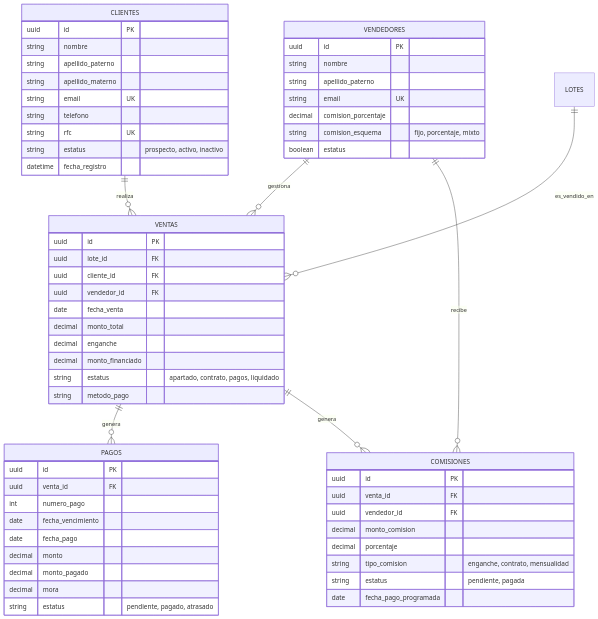
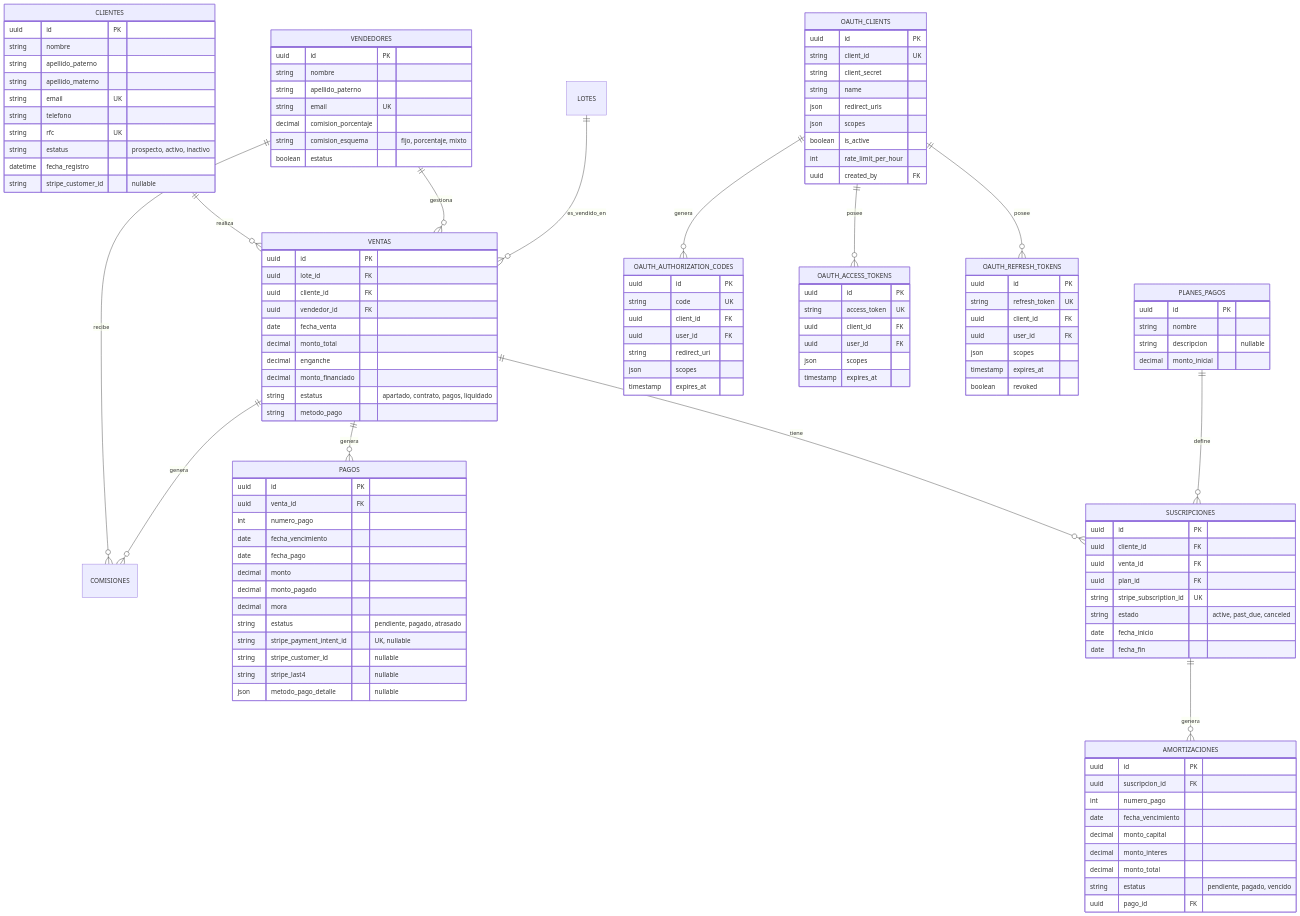
Before and after one commit to nhadadn/quintas-crm: the diagram in documentacion/ninja/ERD_CRM.md, drawn with Mermaid. The commit also changed other lines of this file and 640 other files, not shown here.

````diff
--- a/documentacion/ninja/ERD_CRM.md
+++ b/documentacion/ninja/ERD_CRM.md
@@ -14,6 +14,13 @@
     LOTES ||--o{ VENTAS : es_vendido_en
     VENTAS ||--o{ PAGOS : genera
     VENTAS ||--o{ COMISIONES : genera
+    VENTAS ||--o{ SUSCRIPCIONES : tiene
+    SUSCRIPCIONES ||--o{ AMORTIZACIONES : genera
+    PLANES_PAGOS ||--o{ SUSCRIPCIONES : define
+
+    OAUTH_CLIENTS ||--o{ OAUTH_AUTHORIZATION_CODES : genera
+    OAUTH_CLIENTS ||--o{ OAUTH_ACCESS_TOKENS : posee
+    OAUTH_CLIENTS ||--o{ OAUTH_REFRESH_TOKENS : posee
 
     CLIENTES {
         uuid id PK
@@ -25,6 +32,7 @@
         string rfc UK
         string estatus "prospecto, activo, inactivo"
         datetime fecha_registro
+        string stripe_customer_id "nullable"
     }
 
     VENDEDORES {
@@ -60,16 +68,80 @@
         decimal monto_pagado
         decimal mora
         string estatus "pendiente, pagado, atrasado"
+        string stripe_payment_intent_id "UK, nullable"
+        string stripe_customer_id "nullable"
+        string stripe_last4 "nullable"
+        json metodo_pago_detalle "nullable"
     }
 
-    COMISIONES {
+    SUSCRIPCIONES {
         uuid id PK
+        uuid cliente_id FK
         uuid venta_id FK
-        uuid vendedor_id FK
-        decimal monto_comision
-        decimal porcentaje
-        string tipo_comision "enganche, contrato, mensualidad"
-        string estatus "pendiente, pagada"
-        date fecha_pago_programada
+        uuid plan_id FK
+        string stripe_subscription_id UK
+        string estado "active, past_due, canceled"
+        date fecha_inicio
+        date fecha_fin
+    }
+
+    AMORTIZACIONES {
+        uuid id PK
+        uuid suscripcion_id FK
+        int numero_pago
+        date fecha_vencimiento
+        decimal monto_capital
+        decimal monto_interes
+        decimal monto_total
+        string estatus "pendiente, pagado, vencido"
+        uuid pago_id FK
+    }
+
+    PLANES_PAGOS {
+        uuid id PK
+        string nombre
+        string descripcion "nullable"
+        decimal monto_inicial
+    }
+
+    OAUTH_CLIENTS {
+        uuid id PK
+        string client_id UK
+        string client_secret
+        string name
+        json redirect_uris
+        json scopes
+        boolean is_active
+        int rate_limit_per_hour
+        uuid created_by FK
+    }
+
+    OAUTH_AUTHORIZATION_CODES {
+        uuid id PK
+        string code UK
+        uuid client_id FK
+        uuid user_id FK
+        string redirect_uri
+        json scopes
+        timestamp expires_at
+    }
+
+    OAUTH_ACCESS_TOKENS {
+        uuid id PK
+        string access_token UK
+        uuid client_id FK
+        uuid user_id FK
+        json scopes
+        timestamp expires_at
+    }
+
+    OAUTH_REFRESH_TOKENS {
+        uuid id PK
+        string refresh_token UK
+        uuid client_id FK
+        uuid user_id FK
+        json scopes
+        timestamp expires_at
+        boolean revoked
     }
 ```
````
